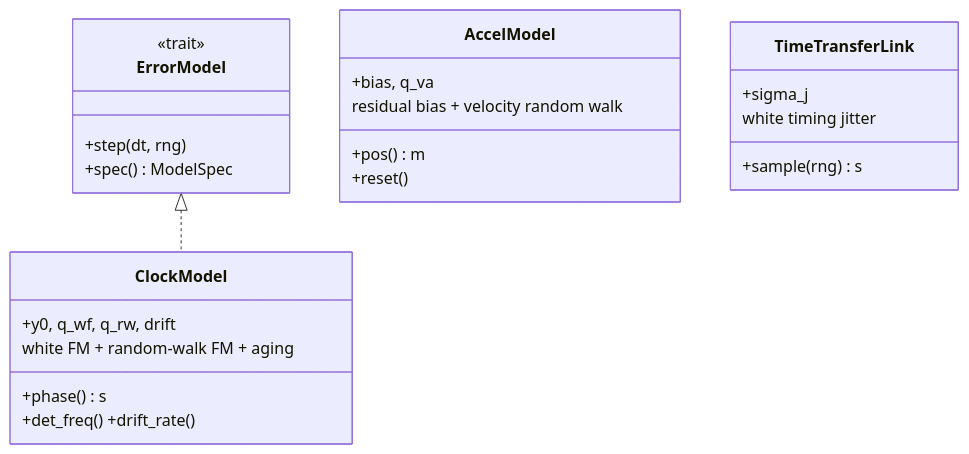
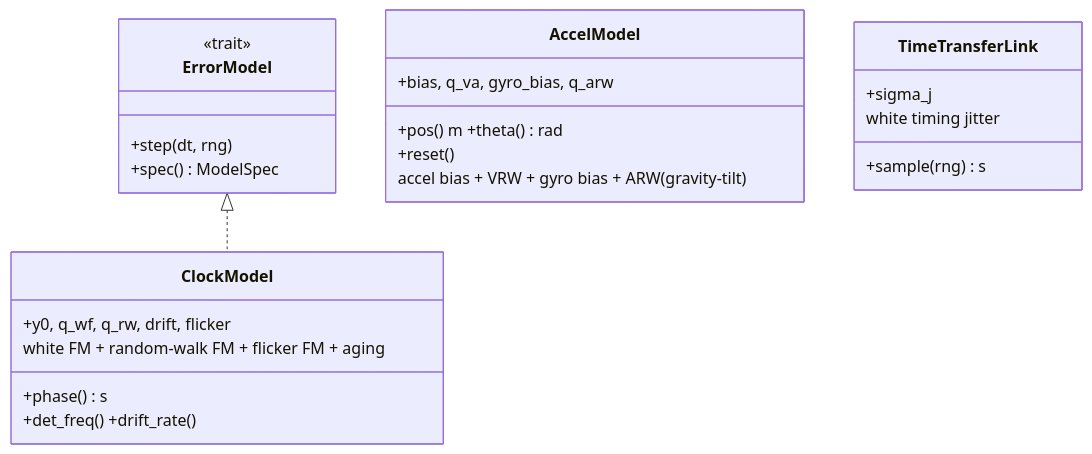
Before and after one commit to ashfordeOU/kshana: the third of 6 diagrams in docs/ARCHITECTURE.md, drawn with Mermaid. The commit also changed other lines of this file and 2 other files, not shown here.

First line of the commit message:
Bring README and architecture docs current with the engine

````diff
--- a/docs/ARCHITECTURE.md
+++ b/docs/ARCHITECTURE.md
@@ -94,26 +106,26 @@
 ```mermaid
 classDiagram
     class ErrorModel {
       <<trait>>
       +step(dt, rng)
       +spec() ModelSpec
     }
     class ClockModel {
-      +y0, q_wf, q_rw, drift
+      +y0, q_wf, q_rw, drift, flicker
       +phase() s
       +det_freq()  +drift_rate()
     }
     class AccelModel {
-      +bias, q_va
-      +pos() m
+      +bias, q_va, gyro_bias, q_arw
+      +pos() m  +theta() rad
       +reset()
     }
     class TimeTransferLink {
       +sigma_j
       +sample(rng) s
     }
     ErrorModel <|.. ClockModel
-    ClockModel : white FM + random-walk FM + aging
-    AccelModel : residual bias + velocity random walk
+    ClockModel : white FM + random-walk FM + flicker FM + aging
+    AccelModel : accel bias + VRW + gyro bias + ARW (gravity-tilt)
     TimeTransferLink : white timing jitter
 ```
````
